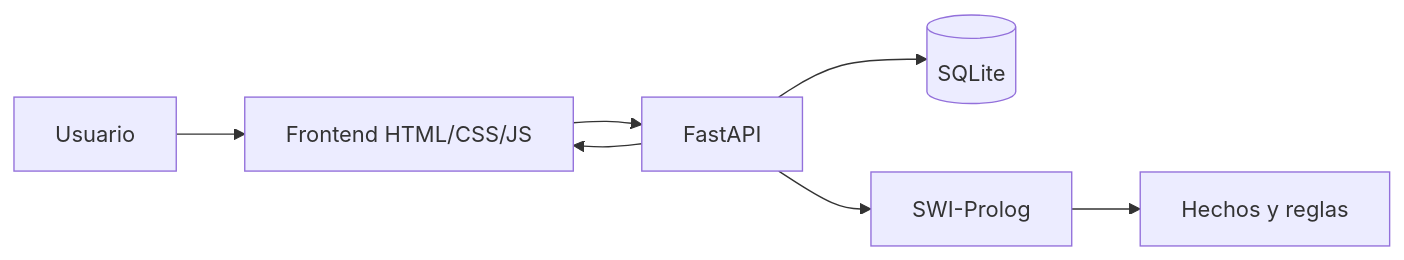
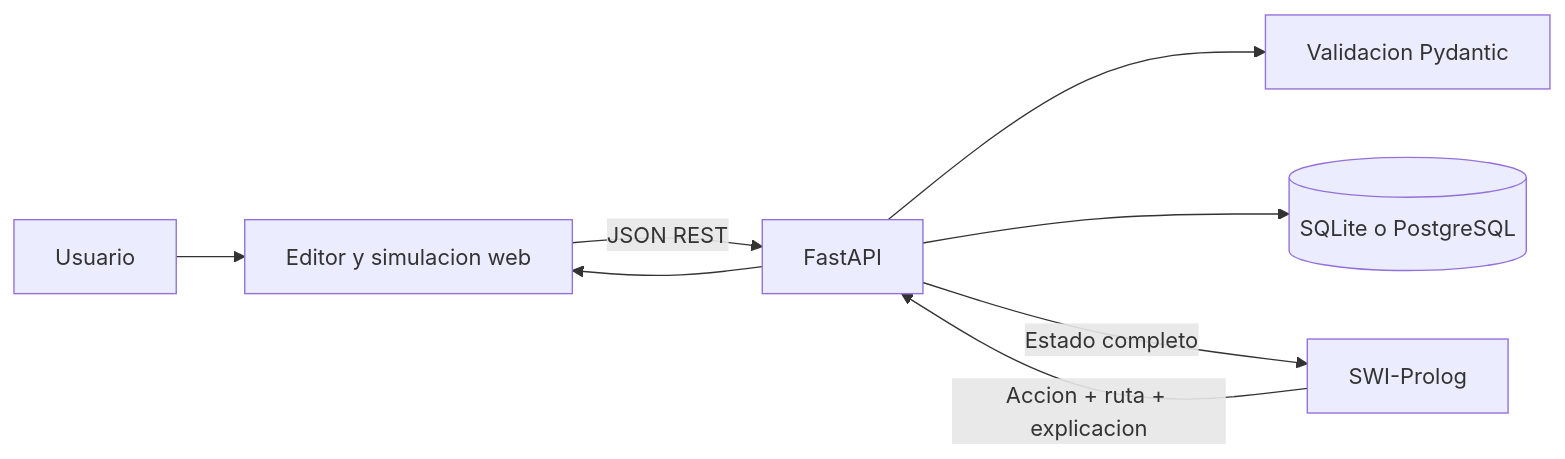
One commit to Pablo-Fernandez-001/IA1_VACASJUN2026_PABLOFERNANDEZ_201807411 changed the diagram in proyecto_f2/docs/MANUAL_TECNICO.md. Above: the diagram before and after it, drawn with Mermaid. The commit also changed other lines of this file and 25 other files, not shown here.

````diff
--- a/proyecto_f2/docs/MANUAL_TECNICO.md
+++ b/proyecto_f2/docs/MANUAL_TECNICO.md
@@ -9,9 +9,10 @@
 ```mermaid
 flowchart LR
-    U[Usuario] --> FE[Frontend HTML/CSS/JS]
-    FE --> API[FastAPI]
-    API --> DB[(SQLite)]
-    API --> PL[SWI-Prolog]
-    PL --> Rules[Hechos y reglas]
+    U[Usuario] --> FE[Editor y simulacion web]
+    FE -->|JSON REST| API[FastAPI]
+    API --> VAL[Validacion Pydantic]
+    API --> DB[(SQLite o PostgreSQL)]
+    API -->|Estado completo| PL[SWI-Prolog]
+    PL -->|Accion + ruta + explicacion| API
     API --> FE
 ```
````
